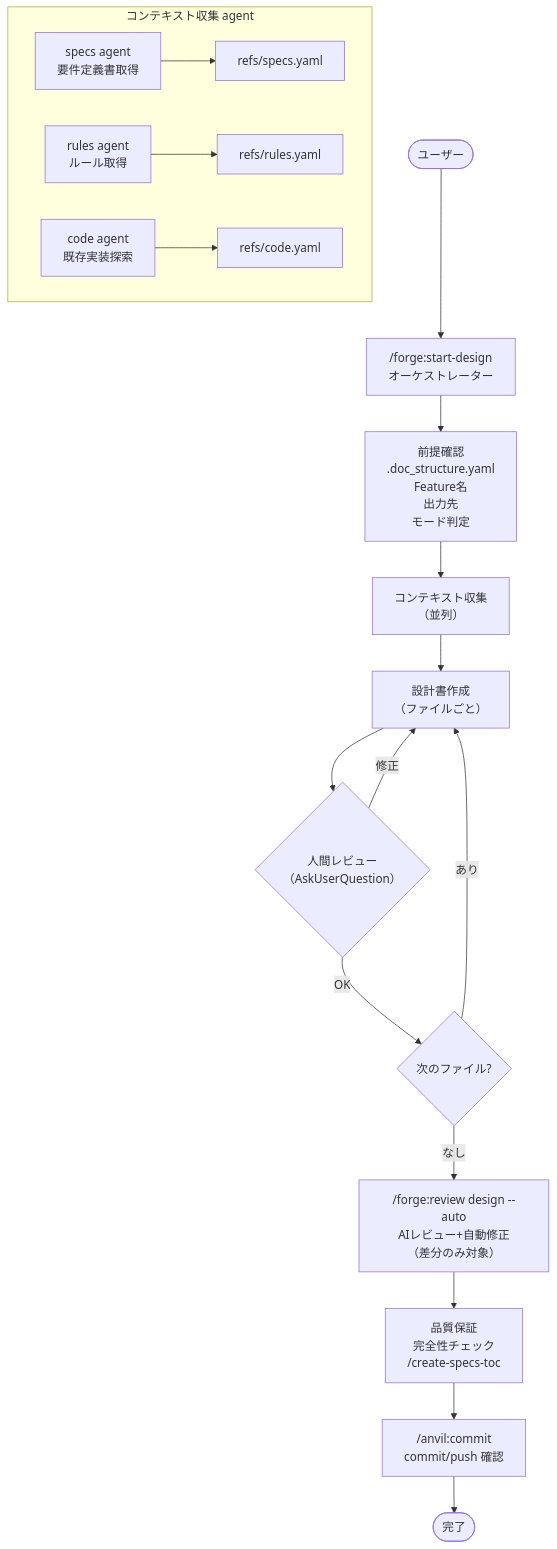
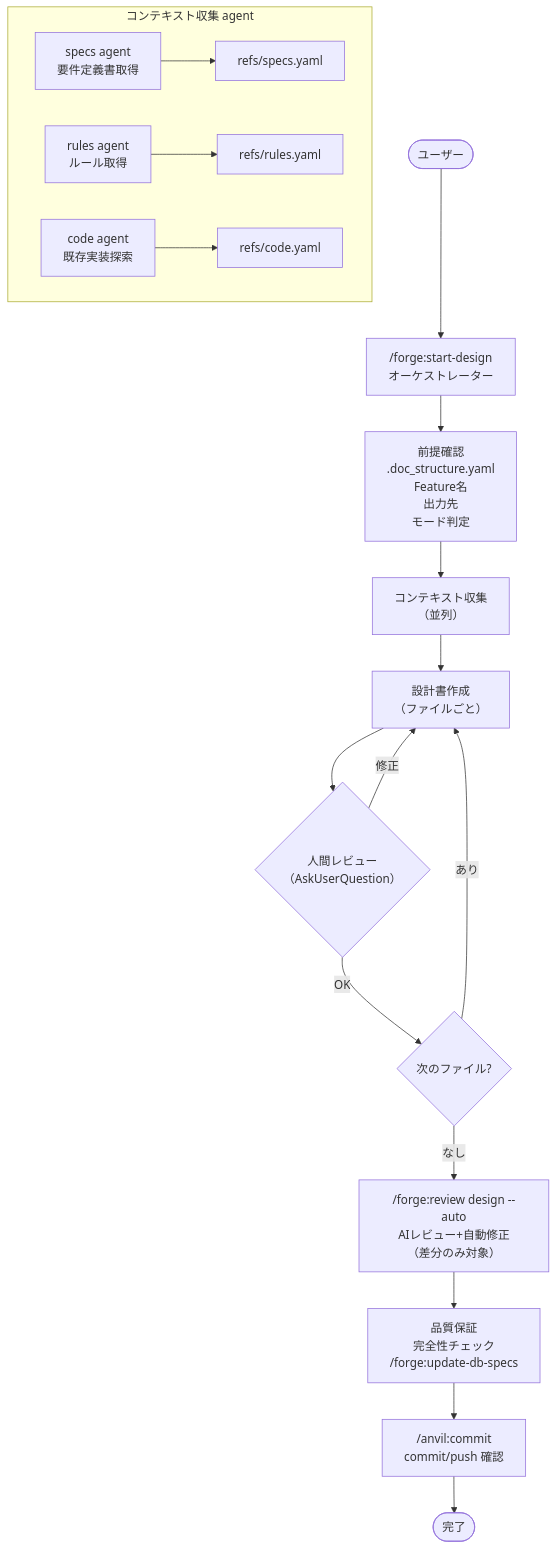
Before and after one commit to BlueEventHorizon/bw-cc-plugins: the diagram in docs/specs/forge/design/DES-018_create_design_workflow_design.md, drawn with Mermaid. The commit also changed other lines of this file and 37 other files, not shown here.

````diff
--- a/docs/specs/forge/design/DES-018_create_design_workflow_design.md
+++ b/docs/specs/forge/design/DES-018_create_design_workflow_design.md
@@ -35,30 +35,30 @@
 ```mermaid
 flowchart TD
     User([ユーザー]) --> ORCHESTRATOR
 
     ORCHESTRATOR["/forge:start-design<br>オーケストレーター"] --> PREREQ
 
     PREREQ["前提確認<br>.doc_structure.yaml<br>Feature名<br>出力先<br>モード判定"] --> CONTEXT
 
     CONTEXT["コンテキスト収集<br>（並列）"] --> DESIGN
 
     subgraph CONTEXT_AGENTS["コンテキスト収集 agent"]
         A1["specs agent<br>要件定義書取得"] --> REFS_SPECS["refs/specs.yaml"]
         A2["rules agent<br>ルール取得"] --> REFS_RULES["refs/rules.yaml"]
         A3["code agent<br>既存実装探索"] --> REFS_CODE["refs/code.yaml"]
     end
 
     DESIGN["設計書作成<br>（ファイルごと）"] --> REVIEW_ASK
 
     REVIEW_ASK{"人間レビュー<br>（AskUserQuestion）"} -->|"OK"| NEXT_FILE
     REVIEW_ASK -->|"修正"| DESIGN
 
     NEXT_FILE{次のファイル?} -->|"あり"| DESIGN
     NEXT_FILE -->|"なし"| AI_REVIEW
 
     AI_REVIEW["/forge:review design --auto<br>AIレビュー+自動修正<br>（差分のみ対象）"] --> QA
 
-    QA["品質保証<br>完全性チェック<br>/create-specs-toc"] --> COMMIT
+    QA["品質保証<br>完全性チェック<br>/forge:update-db-specs"] --> COMMIT
 
     COMMIT["/anvil:commit<br>commit/push 確認"] --> End([完了])
 ```
````
